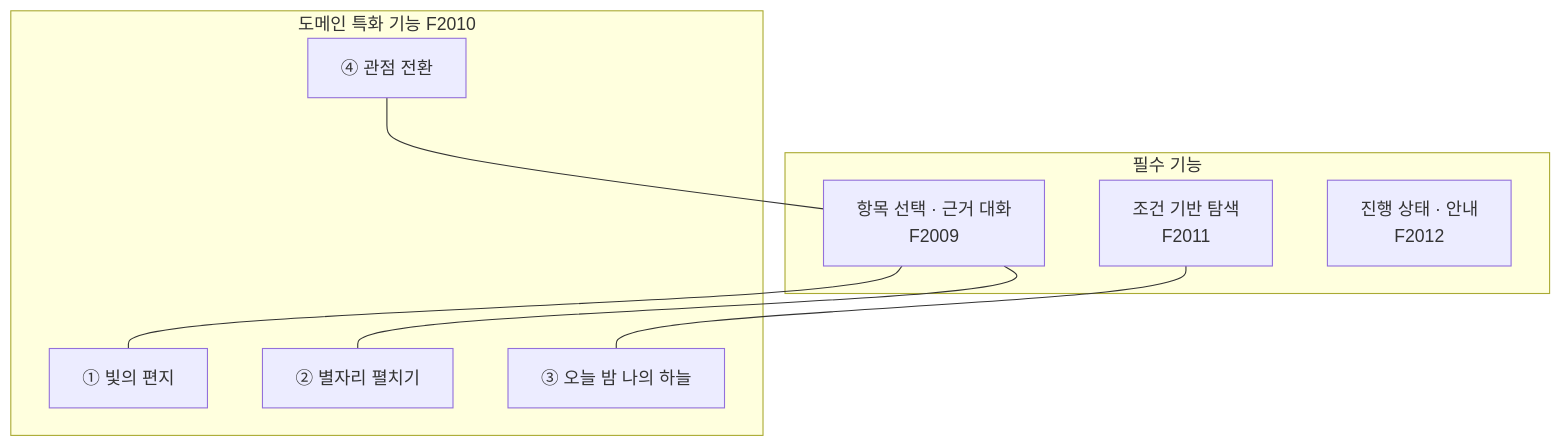
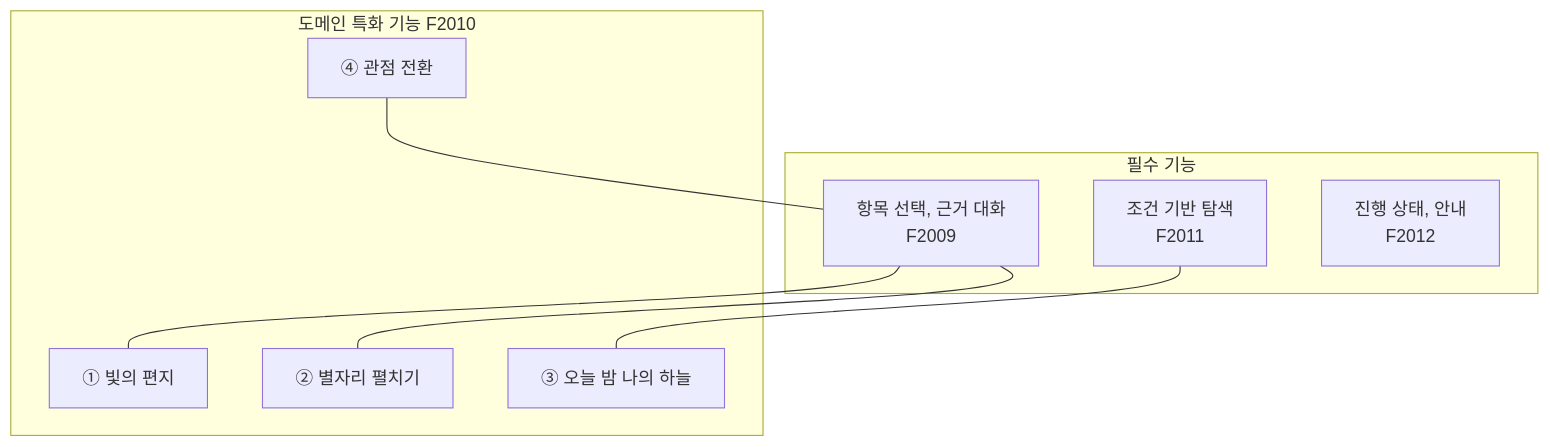
One commit to bnbong/VastHorizon changed the third of 7 diagrams in docs/01_project_plan.md. Above: the diagram before and after it, drawn with Mermaid. The commit also changed other lines of this file and 30 other files, not shown here.

````diff
--- a/docs/01_project_plan.md
+++ b/docs/01_project_plan.md
@@ -230,18 +230,18 @@
 ```mermaid
 flowchart TB
     subgraph 필수["필수 기능"]
-        Q["항목 선택 · 근거 대화<br/>F2009"]
+        Q["항목 선택, 근거 대화<br/>F2009"]
         S["조건 기반 탐색<br/>F2011"]
-        P["진행 상태 · 안내<br/>F2012"]
+        P["진행 상태, 안내<br/>F2012"]
     end
     subgraph 특화["도메인 특화 기능 F2010"]
         L["① 빛의 편지"]
         C["② 별자리 펼치기"]
         N["③ 오늘 밤 나의 하늘"]
         V["④ 관점 전환"]
     end
     Q --- L
     Q --- C
     S --- N
     V --- Q
 ```
````
